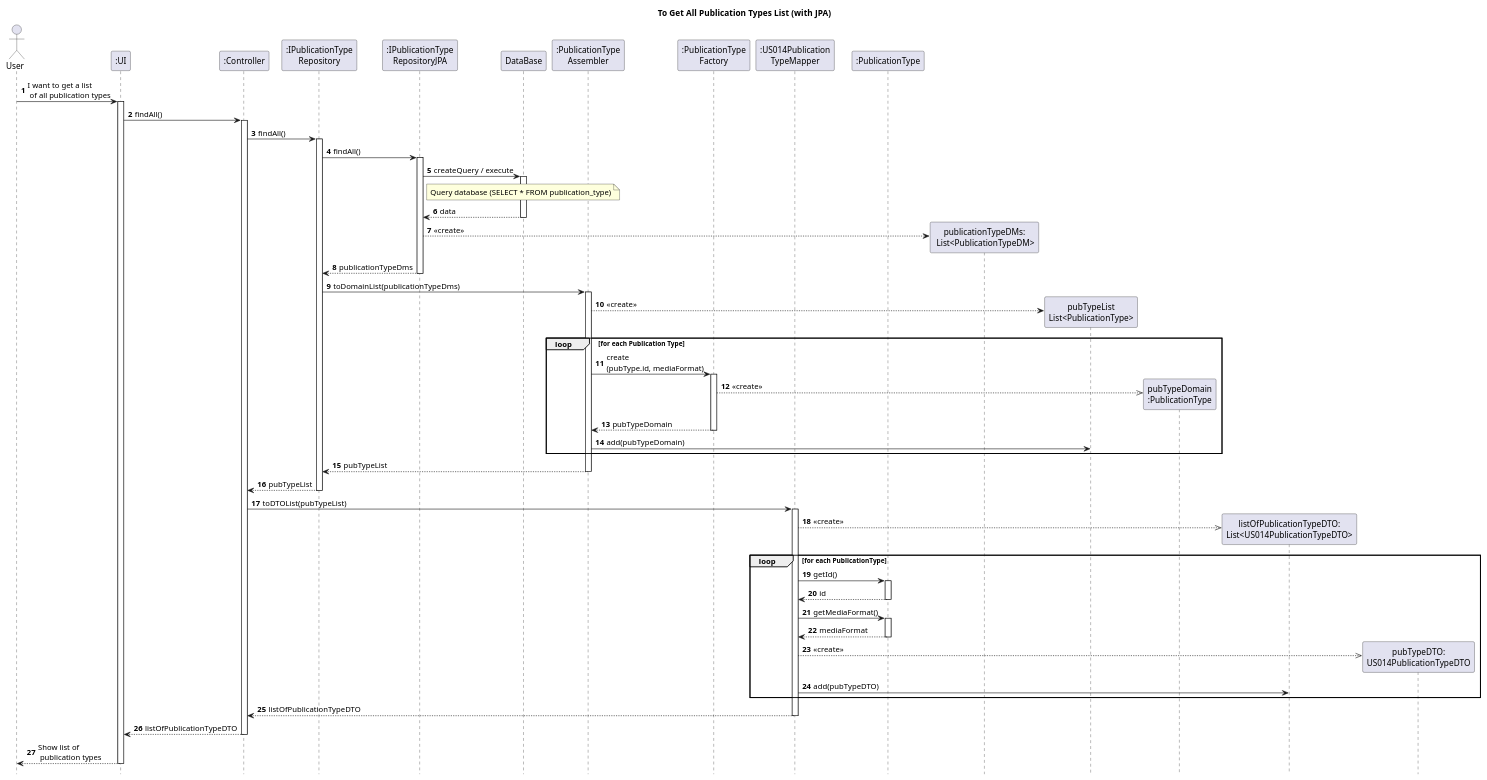
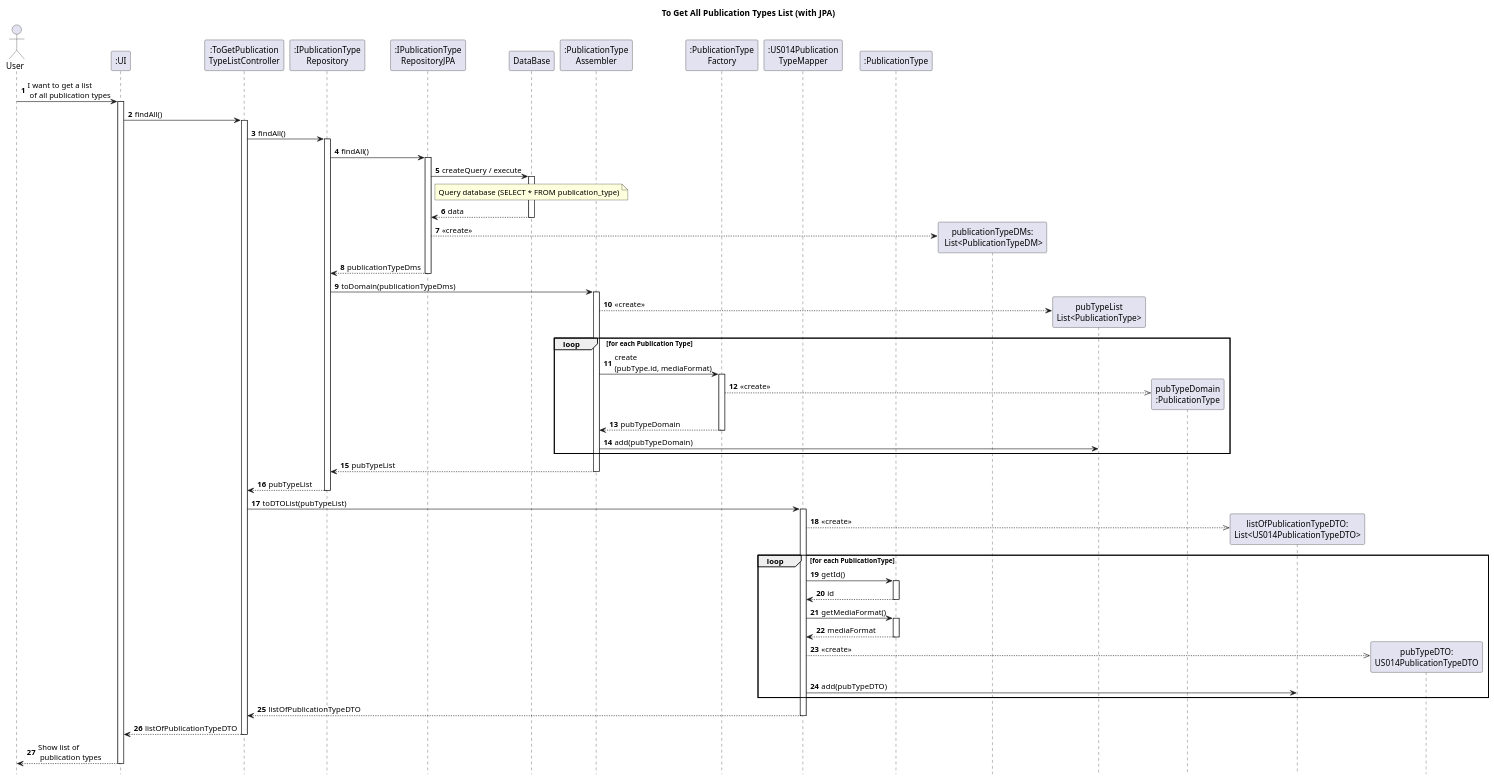
Before and after one commit to AndrePereiraGitH/SWitCH-Project-Team_A: the diagram in Diagrams/SequenceDiagrams/N2/To-get-publication-type-list.puml, drawn with PlantUML. The commit also changed 1 other file, not shown here.

```diff
--- a/Diagrams/SequenceDiagrams/N2/To-get-publication-type-list.puml
+++ b/Diagrams/SequenceDiagrams/N2/To-get-publication-type-list.puml
@@ -1,103 +1,103 @@
 @startuml
 autonumber
 hide footbox
 title To Get All Publication Types List (with JPA)
 
 actor User
 
 participant ":UI" as UI
-participant ":Controller" as C
+participant ":ToGetPublication\nTypeListController" as C
 participant ":IPublicationType\nRepository" as PTR
 participant ":IPublicationType\nRepositoryJPA" as PTRJPA
 participant "DataBase" as EM
 participant ":PublicationType\nAssembler" as Assembler
 participant ":PublicationType\nFactory" as Factory
 participant ":US014Publication\nTypeMapper" as MAPPER
 participant ":PublicationType" as ENTITY
 
 User -> UI : I want to get a list\n of all publication types
 activate UI
 
 UI -> C : findAll()
 activate C
 
 C -> PTR : findAll()
 activate PTR
 
 PTR -> PTRJPA : findAll()
 activate PTRJPA
 
 PTRJPA -> EM : createQuery / execute
 activate EM
 
 note over EM
 Query database (SELECT * FROM publication_type)
 end note
 
 EM --> PTRJPA : data
 deactivate EM
 
 PTRJPA --> "publicationTypeDMs:\n List<PublicationTypeDM>" ** : <<create>>
 
 PTRJPA --> PTR : publicationTypeDms
 deactivate PTRJPA
 
-PTR -> Assembler : toDomainList(publicationTypeDms)
+PTR -> Assembler : toDomain(publicationTypeDms)
 activate Assembler
 
 Assembler --> "pubTypeList\nList<PublicationType>" ** : <<create>>
 
 
 loop for each Publication Type
 Assembler -> Factory : create\n(pubType.id, mediaFormat)
 activate Factory
 
 create "pubTypeDomain\n:PublicationType" as pubTypeDomain
 Factory -->> pubTypeDomain : <<create>>
 
 Factory --> Assembler : pubTypeDomain
 deactivate Factory
 
 Assembler -> "pubTypeList\nList<PublicationType>" : add(pubTypeDomain)
 end
 
 Assembler --> PTR : pubTypeList
 deactivate Assembler
 
 
 PTR --> C : pubTypeList
 deactivate PTR
 
 C -> MAPPER : toDTOList(pubTypeList)
 activate MAPPER
 
 create "listOfPublicationTypeDTO:\nList<US014PublicationTypeDTO>" as listDTO
 MAPPER -->> listDTO : <<create>>
 
 loop for each PublicationType
     MAPPER -> ENTITY : getId()
     activate ENTITY
     ENTITY --> MAPPER : id
     deactivate ENTITY
 
     MAPPER -> ENTITY : getMediaFormat()
     activate ENTITY
     ENTITY --> MAPPER : mediaFormat
     deactivate ENTITY
 
     create "pubTypeDTO:\nUS014PublicationTypeDTO" as pubTypeDTO
     MAPPER -->> pubTypeDTO : <<create>>
 
     MAPPER -> listDTO : add(pubTypeDTO)
 end
 
 MAPPER --> C : listOfPublicationTypeDTO
 deactivate MAPPER
 
 C --> UI : listOfPublicationTypeDTO
 deactivate C
 
 UI --> User : Show list of\n publication types
 deactivate UI
 
 @enduml
```
